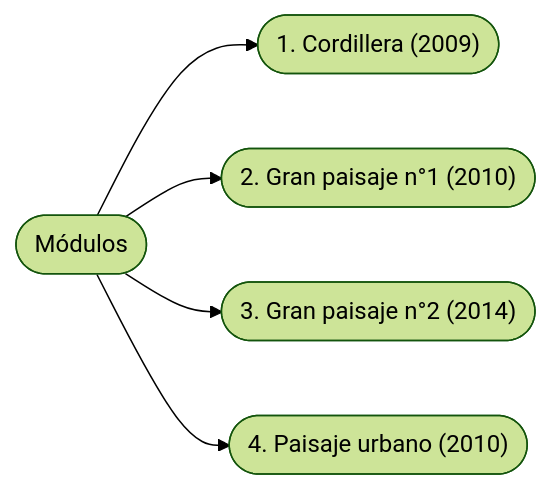
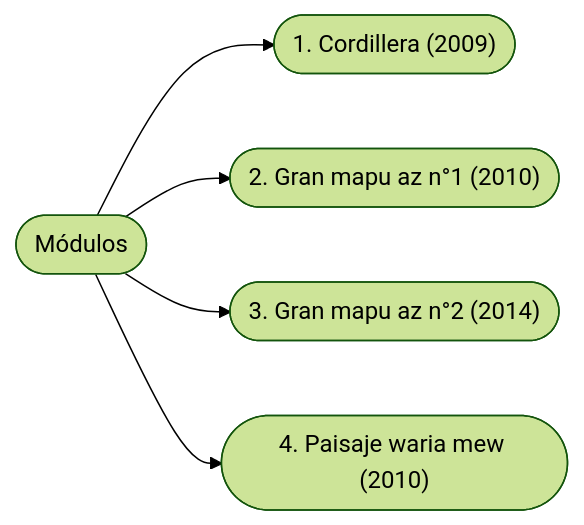
One commit to EGGS-Artesvisuales/EGGS-Artesvisuales.github.io changed the fifth of 6 diagrams in MPD/peste-pinturas-infectadas.md. Above: the diagram before and after it, drawn with Mermaid (forest theme). The commit also changed other lines of this file and 41 other files, not shown here.

```diff
--- a/MPD/peste-pinturas-infectadas.md
+++ b/MPD/peste-pinturas-infectadas.md
@@ -675,19 +675,19 @@
 <div class="mermaid">
 flowchart LR
   MOD([Módulos])
   COR(["1. Cordillera (2009)"])
-  GP1(["2. Gran paisaje n°1 (2010)"])
-  GP2(["3. Gran paisaje n°2 (2014)"])
-  PU(["4. Paisaje urbano (2010)"])
+  GP1(["2. Gran mapu az n°1 (2010)"])
+  GP2(["3. Gran mapu az n°2 (2014)"])
+  PU(["4. Paisaje waria mew (2010)"])
 
   MOD --> COR
   MOD --> GP1
   MOD --> GP2
   MOD --> PU
 
   click MOD "#modulos" "Amun: Módulos"
   click COR "#cordillera-2009" "Amun: Cordillera"
-  click GP1 "#gran-paisaje-1-2010" "Amun: Gran paisaje n°1"
-  click GP2 "#gran-paisaje-2-2014" "Amun: Gran paisaje n°2"
-  click PU "#paisaje-urbano-2010" "Amun: Paisaje urbano"
+  click GP1 "#gran-paisaje-1-2010" "Amun: Gran mapu az n°1"
+  click GP2 "#gran-paisaje-2-2014" "Amun: Gran mapu az n°2"
+  click PU "#paisaje-urbano-2010" "Amun: Paisaje waria mew"
 </div>
```
